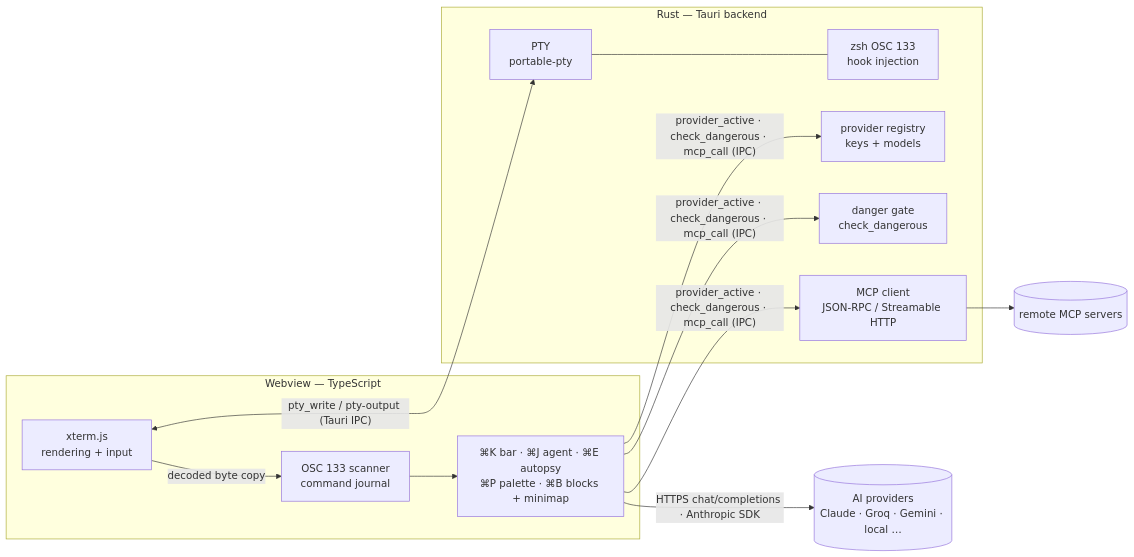
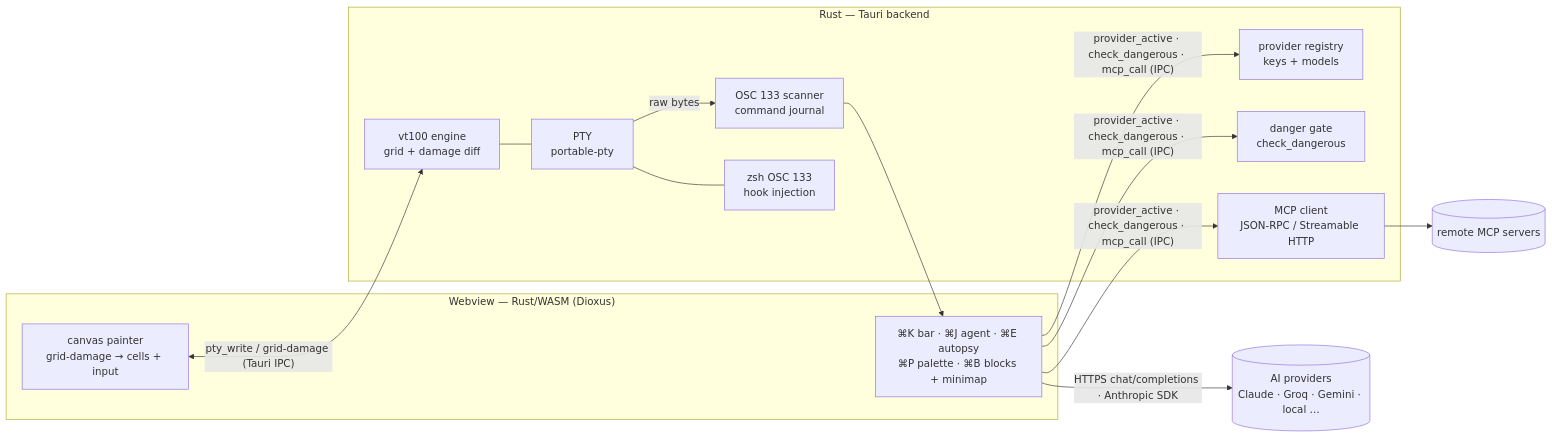
One commit to ayushap18/tachyon changed the diagram in README.md. Above: the diagram before and after it, drawn with Mermaid. The commit also changed other lines of this file and 13 other files, not shown here.

First line of the commit message:
v0.1.5-beta: remove TypeScript/xterm/Vite frontend; bump version; update README

````diff
--- a/README.md
+++ b/README.md
@@ -49,22 +50,24 @@
 ```mermaid
 flowchart LR
-  subgraph WV["Webview — TypeScript"]
-    XT["xterm.js<br/>rendering + input"]
-    OSC["OSC 133 scanner<br/>command journal"]
+  subgraph WV["Webview — Rust/WASM (Dioxus)"]
+    XT["canvas painter<br/>grid-damage → cells + input"]
     UI["⌘K bar · ⌘J agent · ⌘E autopsy<br/>⌘P palette · ⌘B blocks + minimap"]
   end
   subgraph RS["Rust — Tauri backend"]
     PTY["PTY<br/>portable-pty"]
+    ENG["vt100 engine<br/>grid + damage diff"]
+    OSC["OSC 133 scanner<br/>command journal"]
     INJ["zsh OSC 133<br/>hook injection"]
     REG["provider registry<br/>keys + models"]
     GATE["danger gate<br/>check_dangerous"]
     MCP["MCP client<br/>JSON-RPC / Streamable HTTP"]
   end
-  XT <-- "pty_write / pty-output (Tauri IPC)" --> PTY
+  XT <-- "pty_write / grid-damage (Tauri IPC)" --> ENG
+  ENG --- PTY
   PTY --- INJ
-  XT -- "decoded byte copy" --> OSC
+  PTY -- "raw bytes" --> OSC
   OSC --> UI
   UI -- "provider_active · check_dangerous · mcp_call (IPC)" --> REG & GATE & MCP
   UI -- "HTTPS chat/completions · Anthropic SDK" --> EXT[("AI providers<br/>Claude · Groq · Gemini · local …")]
   MCP --> SRV[("remote MCP servers")]
 ```
````
